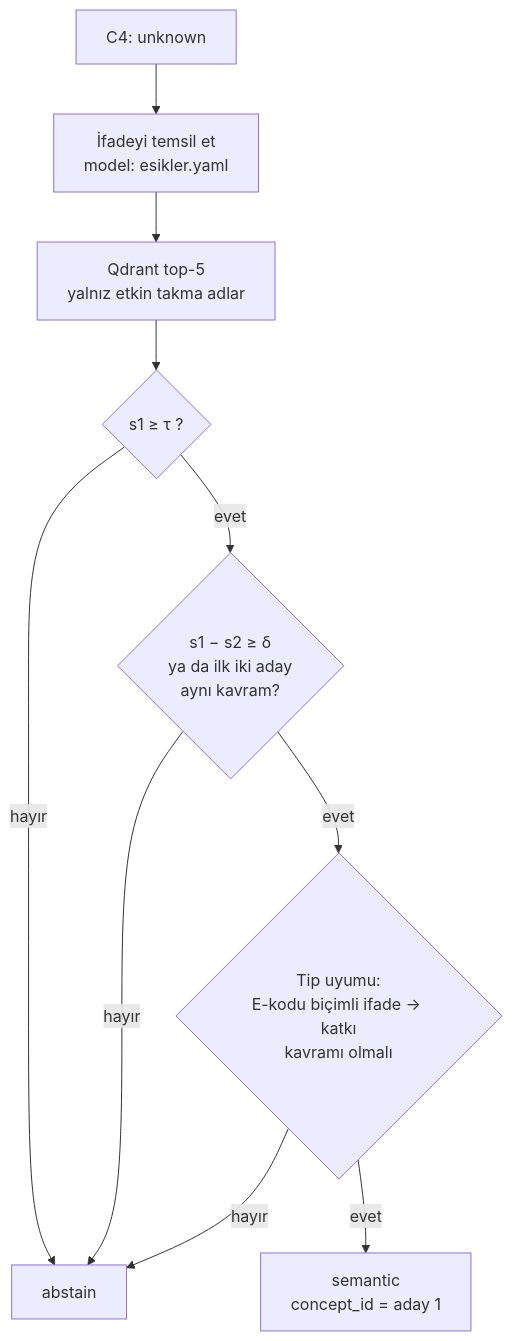
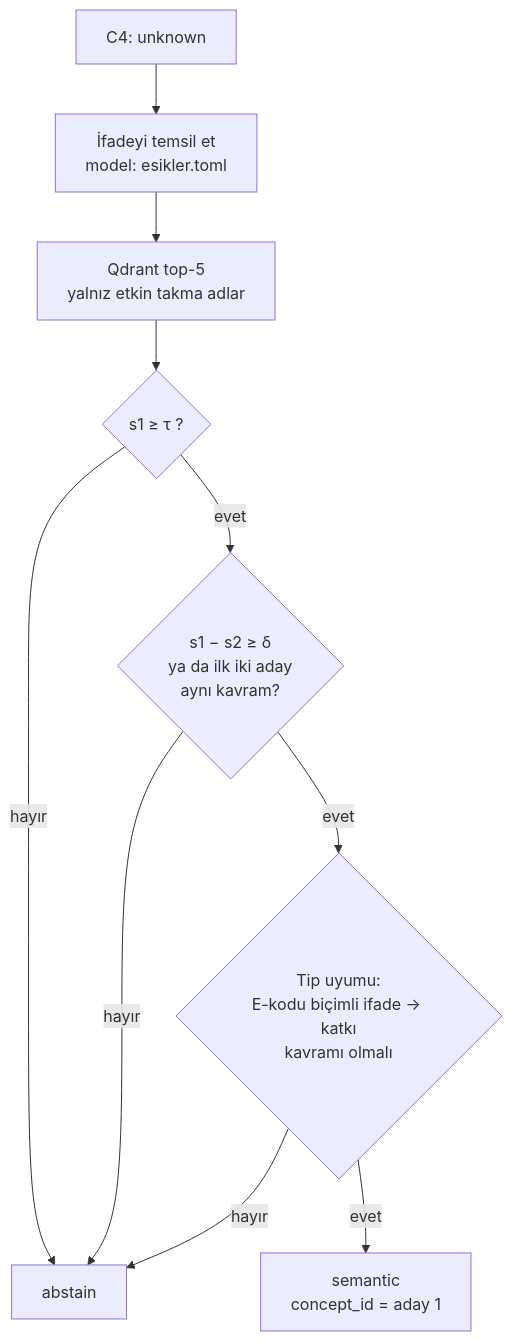
One commit to leventtcaan/nutriscan changed the diagram in docs/tasarim/05-esleme-hatti.md. Above: the diagram before and after it, drawn with Mermaid. The commit also changed other lines of this file and 9 other files, not shown here.

````diff
--- a/docs/tasarim/05-esleme-hatti.md
+++ b/docs/tasarim/05-esleme-hatti.md
@@ -54,12 +54,12 @@
 ```mermaid
 flowchart TD
-  U[C4: unknown] --> E[İfadeyi temsil et<br/>model: esikler.yaml]
+  U[C4: unknown] --> E[İfadeyi temsil et<br/>model: esikler.toml]
   E --> Q[Qdrant top-5<br/>yalnız etkin takma adlar]
   Q --> S1{s1 ≥ τ ?}
   S1 -- hayır --> AB[abstain]
   S1 -- evet --> S2{s1 − s2 ≥ δ<br/>ya da ilk iki aday<br/>aynı kavram?}
   S2 -- hayır --> AB
   S2 -- evet --> T{Tip uyumu:<br/>E-kodu biçimli ifade → katkı<br/>kavramı olmalı}
   T -- hayır --> AB
   T -- evet --> OK[semantic<br/>concept_id = aday 1]
 ```
````
